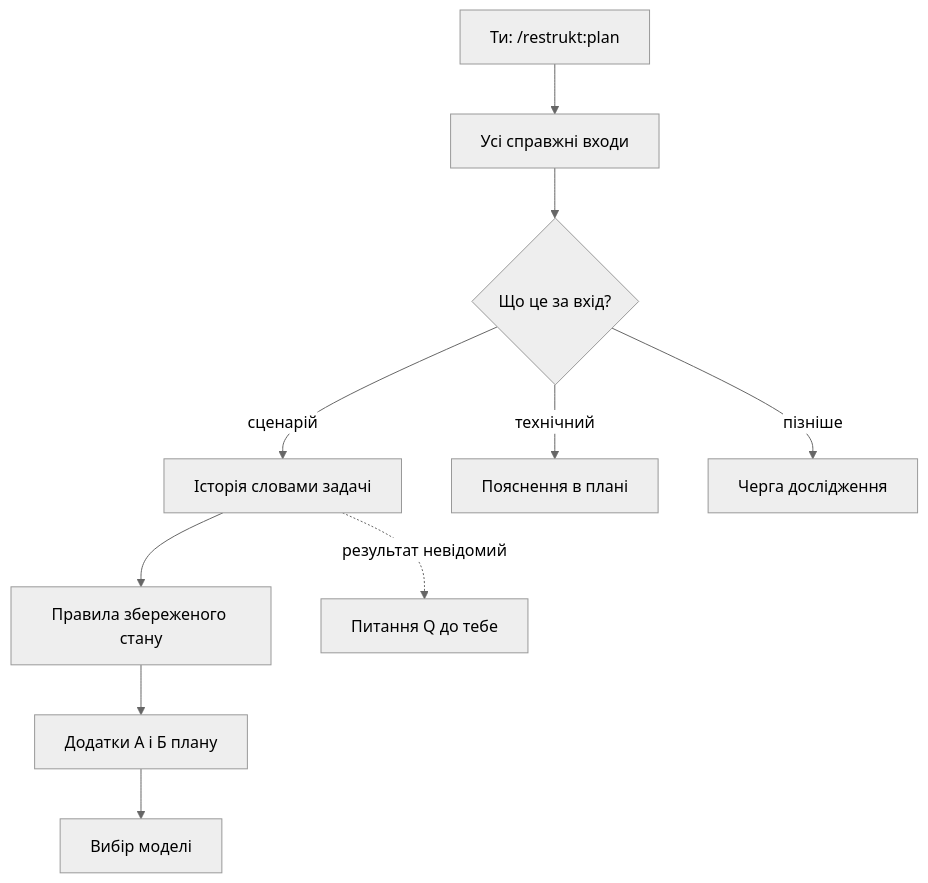
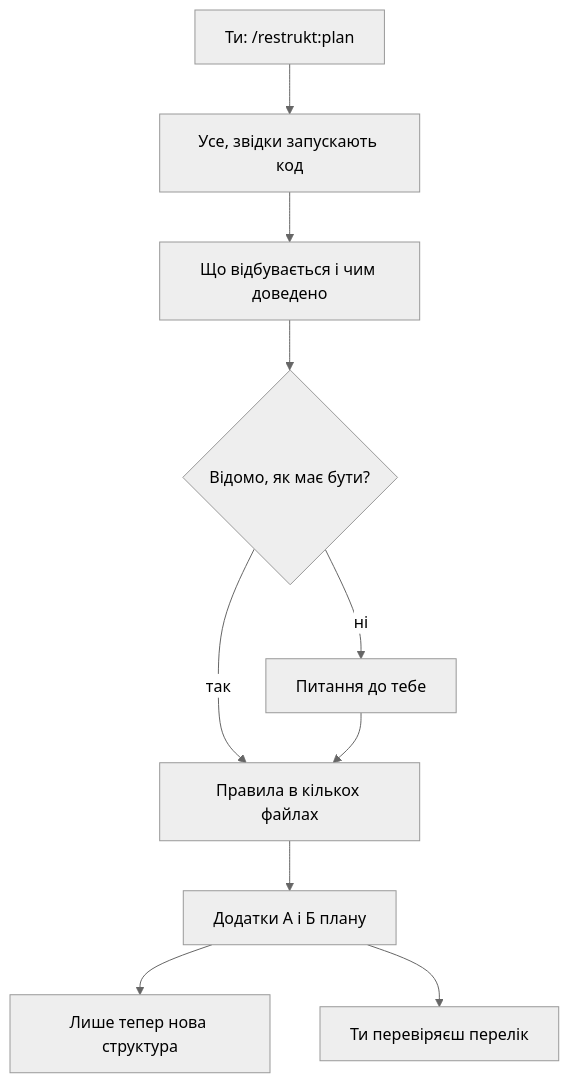
One commit to romxnb/restrukt changed the diagram in docs/explain/scenario-recovery.md. Above: the diagram before and after it, drawn with Mermaid (neutral theme). The commit also changed other lines of this file, not shown here.

First line of the commit message:
docs: explain scenario recovery on restrukt's own package plan

````diff
--- a/docs/explain/scenario-recovery.md
+++ b/docs/explain/scenario-recovery.md
@@ -7,12 +7,12 @@
 ```mermaid
 flowchart TD
-    A["Ти: /restrukt:plan"] --> B["Усі справжні входи"]
-    B --> C{"Що це за вхід?"}
-    C -->|сценарій| D["Історія словами задачі"]
-    C -->|технічний| T["Пояснення в плані"]
-    C -->|пізніше| Q["Черга дослідження"]
-    D --> E["Правила збереженого стану"]
+    A["Ти: /restrukt:plan"] --> B["Усе, звідки запускають код"]
+    B --> C["Що відбувається і чим доведено"]
+    C --> D{"Відомо, як має бути?"}
+    D -->|ні| Q["Питання до тебе"]
+    D -->|так| E["Правила в кількох файлах"]
+    Q --> E
     E --> F["Додатки А і Б плану"]
-    D -. результат невідомий .-> G["Питання Q до тебе"]
-    F --> H["Вибір моделі"]
+    F --> G["Лише тепер нова структура"]
+    F --> H["Ти перевіряєш перелік"]
 ```
````
